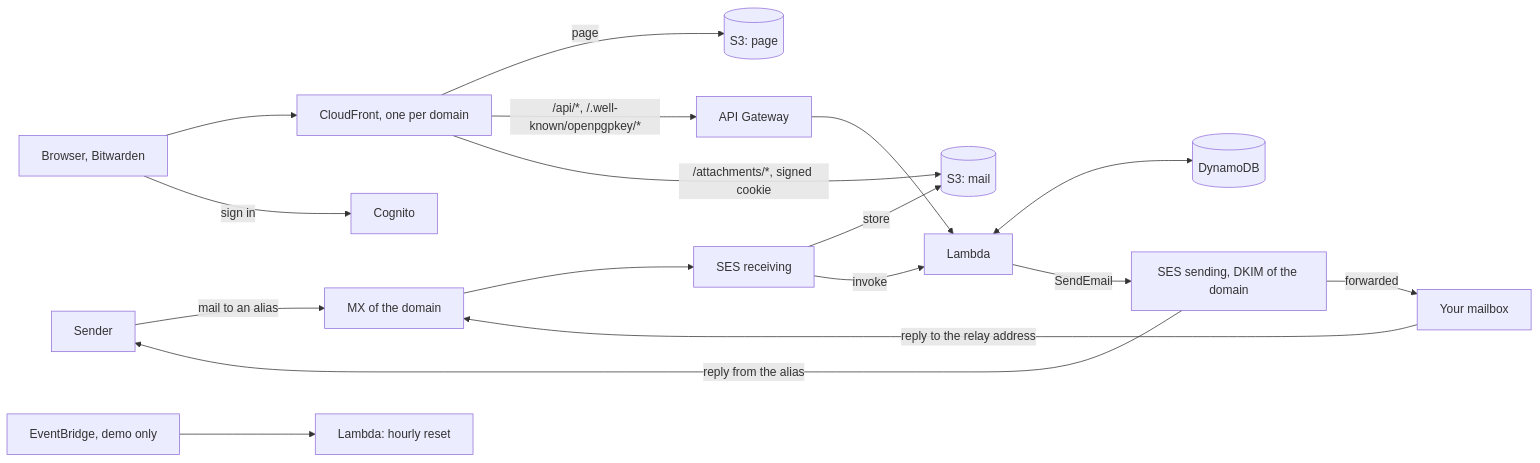
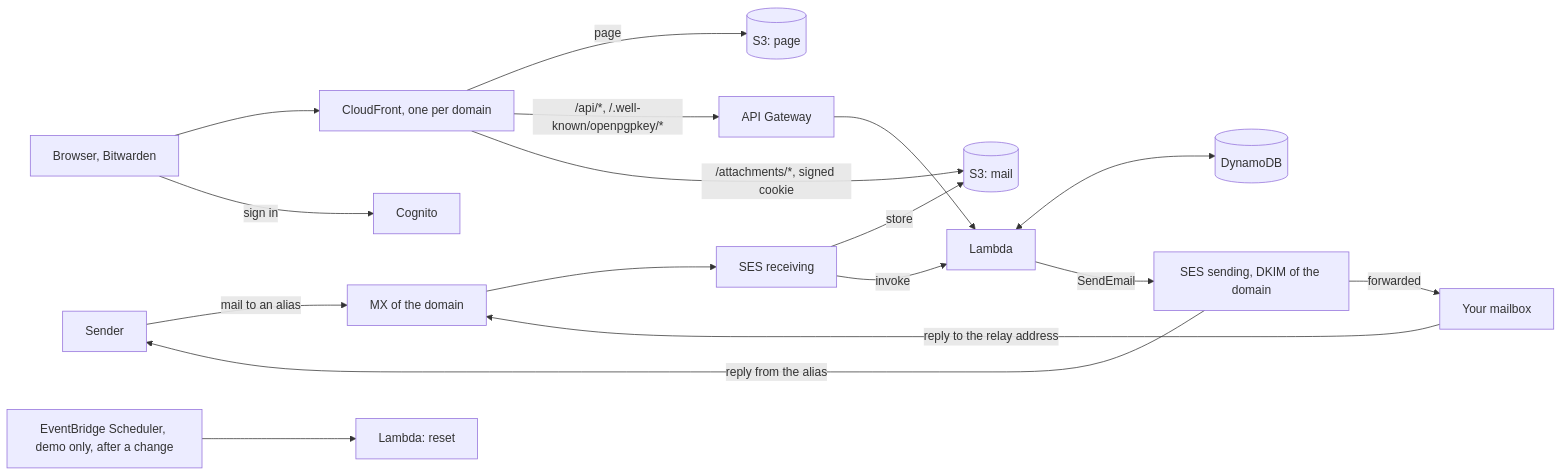
Before and after one commit to Tozapid/Hide-My-Email: the first of 2 diagrams in README.md, drawn with Mermaid. The commit also changed other lines of this file and 14 other files, not shown here.

````diff
--- a/README.md
+++ b/README.md
@@ -63,18 +63,18 @@
 ```mermaid
 flowchart LR
   X[Sender] -->|mail to an alias| MX[MX of the domain]
   Me[Your mailbox] -->|reply to the relay address| MX
   MX --> IN[SES receiving]
   IN -->|store| MAIL[(S3: mail)]
   IN -->|invoke| L[Lambda]
   L <--> DB[(DynamoDB)]
   L -->|SendEmail| OUT[SES sending, DKIM of the domain]
   OUT -->|forwarded| Me
   OUT -->|reply from the alias| X
   B[Browser, Bitwarden] --> CF[CloudFront, one per domain]
   CF -->|page| WEB[(S3: page)]
   CF -->|/api/*, /.well-known/openpgpkey/*| API[API Gateway] --> L
   CF -->|/attachments/*, signed cookie| MAIL
   B -->|sign in| COG[Cognito]
-  EB[EventBridge, demo only] --> R[Lambda: hourly reset]
+  EB[EventBridge Scheduler, demo only, after a change] --> R[Lambda: reset]
 ```
````
